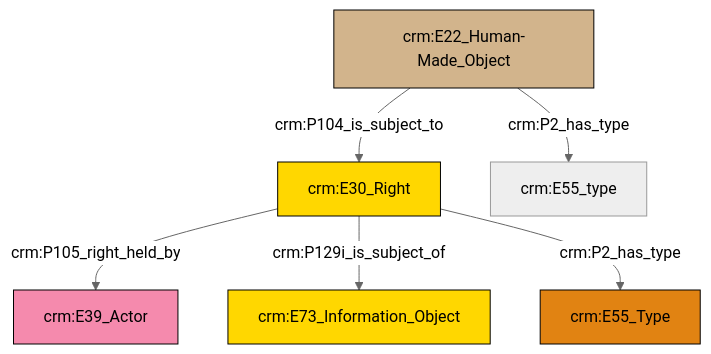
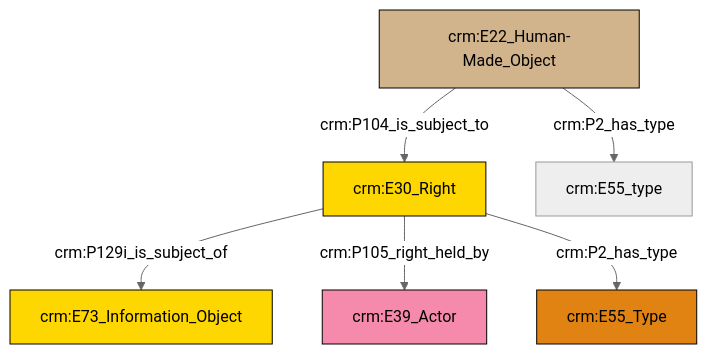
Before and after one commit to swiss-art-research-net/docs.swissartresearch: the diagram in et/builtWorkCSV/ttl/mmd/Built_Work_rights.ttl.mmd, drawn with Mermaid (neutral theme). The commit also changed 176 other files, not shown here.

```diff
--- a/et/builtWorkCSV/ttl/mmd/Built_Work_rights.ttl.mmd
+++ b/et/builtWorkCSV/ttl/mmd/Built_Work_rights.ttl.mmd
@@ -1,20 +1,20 @@
 graph TD
 classDef Literal fill:#f2f2f2,stroke:#000000;
 classDef CRM_Entity fill:#FFFFFF,stroke:#000000;
 classDef Temporal_Entity fill:#00C9E6, stroke:#000000;
 classDef Type fill:#E18312, stroke:#000000;
 classDef Time-Span fill:#2C9C91, stroke:#000000;
 classDef Appellation fill:#FFEB7F, stroke:#000000;
 classDef Place fill:#008836, stroke:#000000;
 classDef Persistent_Item fill:#B266B2, stroke:#000000;
 classDef Conceptual_Object fill:#FFD700, stroke:#000000;
 classDef Physical_Thing fill:#D2B48C, stroke:#000000;
 classDef Actor fill:#f58aad, stroke:#000000;
 classDef PC_Classes fill:#4ce600, stroke:#000000;
 classDef Multi fill:#cccccc,stroke:#000000;
 
-0["crm:E30_Right"]:::Conceptual_Object -->|crm:P105_right_held_by| 1["crm:E39_Actor"]:::Actor
-2["crm:E22_Human-Made_Object"]:::Physical_Thing -->|crm:P2_has_type| 3["crm:E55_type"]:::Default
-0["crm:E30_Right"]:::Conceptual_Object -->|crm:P129i_is_subject_of| 4["crm:E73_Information_Object"]:::Conceptual_Object
-0["crm:E30_Right"]:::Conceptual_Object -->|crm:P2_has_type| 6["crm:E55_Type"]:::Type
-2["crm:E22_Human-Made_Object"]:::Physical_Thing -->|crm:P104_is_subject_to| 0["crm:E30_Right"]:::Conceptual_Object
+0["crm:E22_Human-Made_Object"]:::Physical_Thing -->|crm:P104_is_subject_to| 1["crm:E30_Right"]:::Conceptual_Object
+0["crm:E22_Human-Made_Object"]:::Physical_Thing -->|crm:P2_has_type| 5["crm:E55_type"]:::Default
+1["crm:E30_Right"]:::Conceptual_Object -->|crm:P129i_is_subject_of| 2["crm:E73_Information_Object"]:::Conceptual_Object
+1["crm:E30_Right"]:::Conceptual_Object -->|crm:P105_right_held_by| 6["crm:E39_Actor"]:::Actor
+1["crm:E30_Right"]:::Conceptual_Object -->|crm:P2_has_type| 8["crm:E55_Type"]:::Type
```
